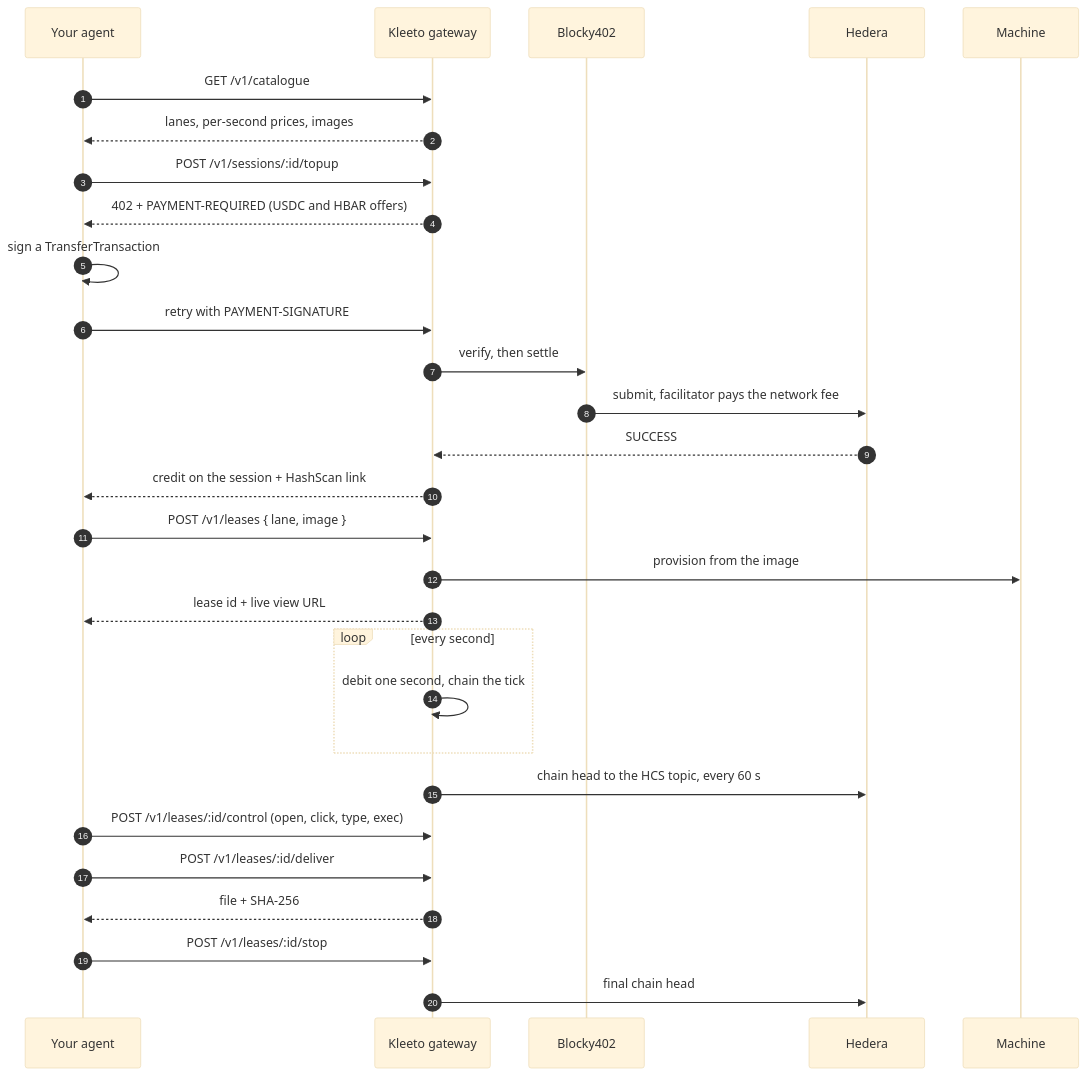
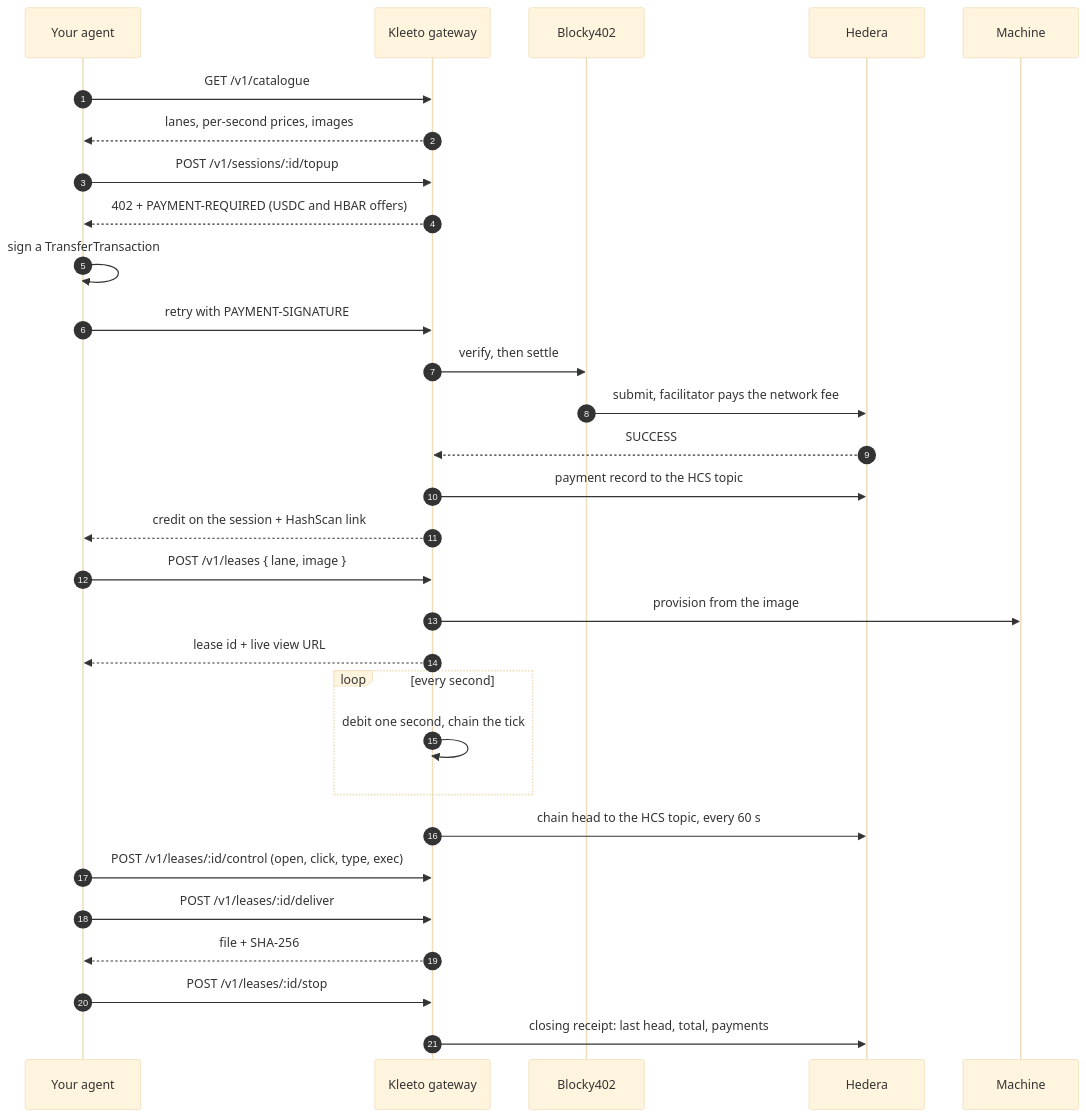
One commit to akash-mondal/kleeto changed the second of 4 diagrams in README.md. Above: the diagram before and after it, drawn with Mermaid (base theme). The commit also changed other lines of this file and 2 other files, not shown here.

First line of the commit message:
feat: payments and closing receipts on the HCS topic, beside the meter's heads

````diff
--- a/README.md
+++ b/README.md
@@ -175,32 +177,33 @@
 ```mermaid
 sequenceDiagram
     autonumber
     participant A as Your agent
     participant K as Kleeto gateway
     participant F as Blocky402
     participant H as Hedera
     participant M as Machine
 
     A->>K: GET /v1/catalogue
     K-->>A: lanes, per-second prices, images
     A->>K: POST /v1/sessions/:id/topup
     K-->>A: 402 + PAYMENT-REQUIRED (USDC and HBAR offers)
     A->>A: sign a TransferTransaction
     A->>K: retry with PAYMENT-SIGNATURE
     K->>F: verify, then settle
     F->>H: submit, facilitator pays the network fee
     H-->>K: SUCCESS
+    K->>H: payment record to the HCS topic
     K-->>A: credit on the session + HashScan link
     A->>K: POST /v1/leases { lane, image }
     K->>M: provision from the image
     K-->>A: lease id + live view URL
     loop every second
         K->>K: debit one second, chain the tick
     end
     K->>H: chain head to the HCS topic, every 60 s
     A->>K: POST /v1/leases/:id/control (open, click, type, exec)
     A->>K: POST /v1/leases/:id/deliver
     K-->>A: file + SHA-256
     A->>K: POST /v1/leases/:id/stop
-    K->>H: final chain head
+    K->>H: closing receipt: last head, total, payments
 ```
````
